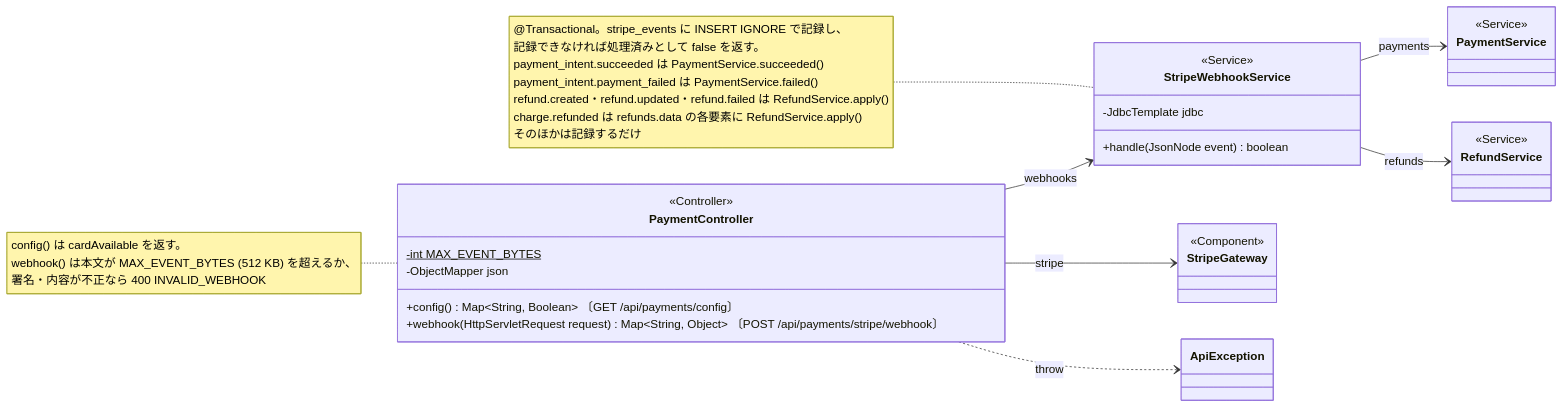
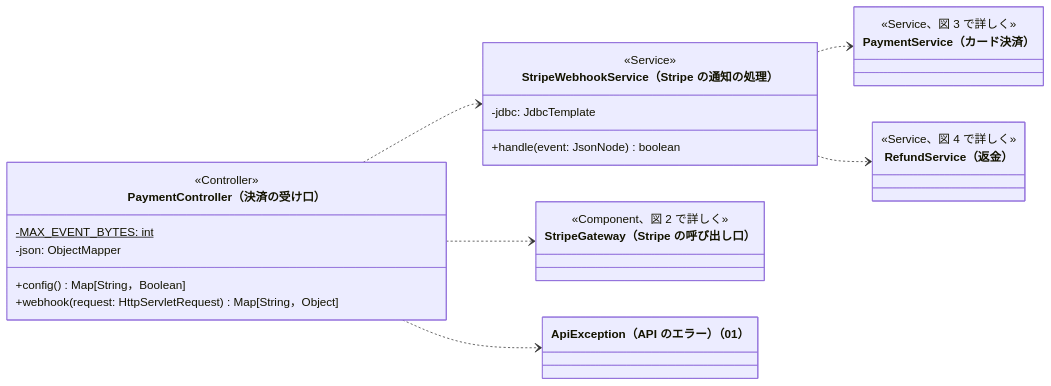
Before and after one commit to abeouga/kusakari-document: the fifth of 6 diagrams in クラス図/kusakari-ec/05_決済.md, drawn with Mermaid. The commit also changed other lines of this file and 87 other files, not shown here.

Commit message:
EC のクラス図に全体図を足し、詳細図をデータとモジュールの図に分けて書き直す

````diff
--- a/クラス図/kusakari-ec/05_決済.md
+++ b/クラス図/kusakari-ec/05_決済.md
@@ -337,34 +400,32 @@
 ```mermaid
 classDiagram
-  direction LR
-  class PaymentController
-  <<Controller>> PaymentController
-  PaymentController : -int MAX_EVENT_BYTES$
-  PaymentController : -ObjectMapper json
-  PaymentController : +config() Map~String, Boolean~ 〔GET /api/payments/config〕
-  PaymentController : +webhook(HttpServletRequest request) Map~String, Object~ 〔POST /api/payments/stripe/webhook〕
-  class StripeWebhookService {
-    <<Service>>
-    -JdbcTemplate jdbc
-    +handle(JsonNode event) boolean
-  }
-  class StripeGateway {
-    <<Component>>
-  }
-  class PaymentService {
-    <<Service>>
-  }
-  class RefundService {
-    <<Service>>
-  }
-  class ApiException
+    direction LR
+    class PaymentController["PaymentController（決済の受け口）"] {
+        <<Controller>>
+        -MAX_EVENT_BYTES: int$
+        -json: ObjectMapper
+        +config() Map[String，Boolean]
+        +webhook(request: HttpServletRequest) Map[String，Object]
+    }
+    class StripeWebhookService["StripeWebhookService（Stripe の通知の処理）"] {
+        <<Service>>
+        -jdbc: JdbcTemplate
+        +handle(event: JsonNode) boolean
+    }
+    class StripeGateway["StripeGateway（Stripe の呼び出し口）"] {
+        <<Component、図 2 で詳しく>>
+    }
+    class PaymentService["PaymentService（カード決済）"] {
+        <<Service、図 3 で詳しく>>
+    }
+    class RefundService["RefundService（返金）"] {
+        <<Service、図 4 で詳しく>>
+    }
+    class ApiException["ApiException（API のエラー）（01）"]
 
-  PaymentController --> StripeGateway : stripe
-  PaymentController --> StripeWebhookService : webhooks
-  PaymentController ..> ApiException : throw
-  StripeWebhookService --> PaymentService : payments
-  StripeWebhookService --> RefundService : refunds
-
-  note for PaymentController "config() は cardAvailable を返す。<br/>webhook() は本文が MAX_EVENT_BYTES (512 KB) を超えるか、<br/>署名・内容が不正なら 400 INVALID_WEBHOOK"
-  note for StripeWebhookService "@Transactional。stripe_events に INSERT IGNORE で記録し、<br/>記録できなければ処理済みとして false を返す。<br/>payment_intent.succeeded は PaymentService.succeeded()<br/>payment_intent.payment_failed は PaymentService.failed()<br/>refund.created・refund.updated・refund.failed は RefundService.apply()<br/>charge.refunded は refunds.data の各要素に RefundService.apply()<br/>そのほかは記録するだけ"
+    PaymentController ..> StripeGateway
+    PaymentController ..> StripeWebhookService
+    PaymentController ..> ApiException
+    StripeWebhookService ..> PaymentService
+    StripeWebhookService ..> RefundService
 ```
````
